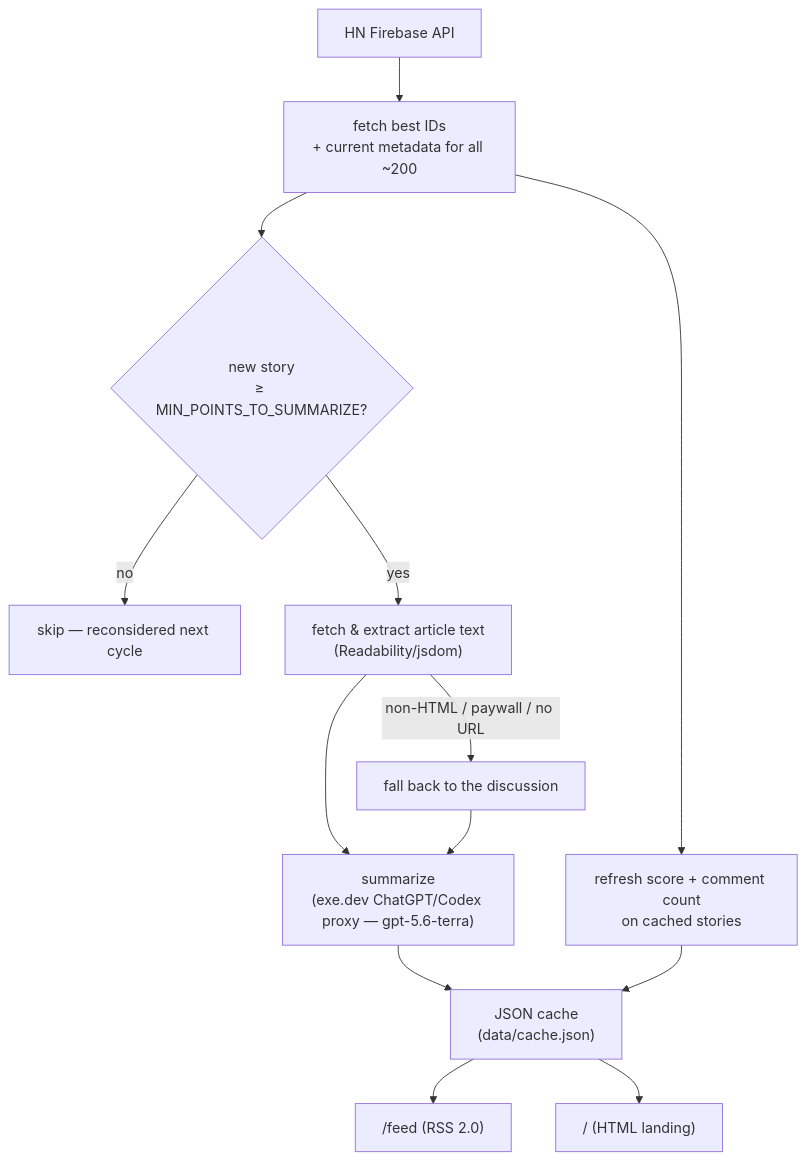
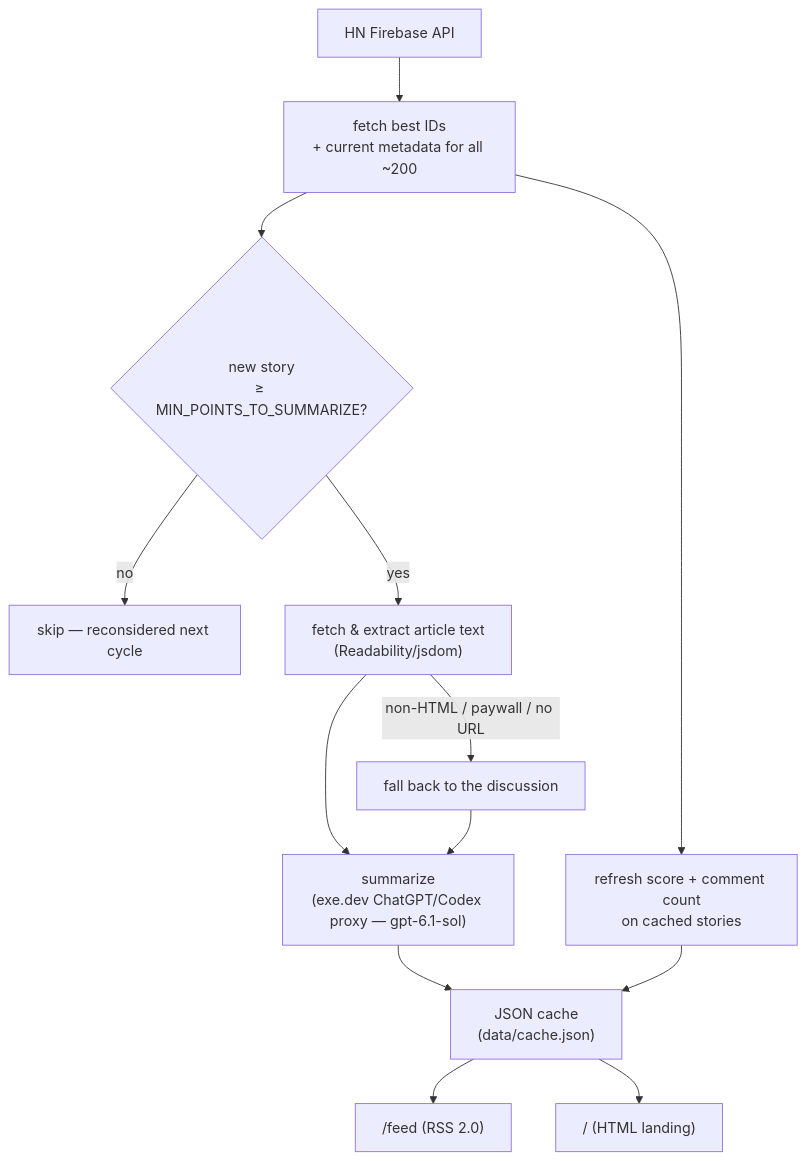
Before and after one commit to ryanlewis/hn-summaries: the diagram in README.md, drawn with Mermaid. The commit also changed other lines of this file and 2 other files, not shown here.

Commit message:
feat: switch summaries to gpt-6.1-sol

````diff
--- a/README.md
+++ b/README.md
@@ -21,15 +21,15 @@
 ```mermaid
 flowchart TD
     HN["HN Firebase API"] --> Sweep["fetch best IDs<br/>+ current metadata for all ~200"]
     Sweep --> Scores["refresh score + comment count<br/>on cached stories"]
     Sweep --> Gate{"new story<br/>≥ MIN_POINTS_TO_SUMMARIZE?"}
     Gate -->|"no"| Skip["skip — reconsidered next cycle"]
     Gate -->|"yes"| Extract["fetch &amp; extract article text<br/>(Readability/jsdom)"]
     Extract -->|"non-HTML / paywall / no URL"| Fallback["fall back to the discussion"]
-    Extract --> Summarize["summarize<br/>(exe.dev ChatGPT/Codex proxy — gpt-5.6-terra)"]
+    Extract --> Summarize["summarize<br/>(exe.dev ChatGPT/Codex proxy — gpt-6.1-sol)"]
     Fallback --> Summarize
     Summarize --> Cache["JSON cache<br/>(data/cache.json)"]
     Scores --> Cache
     Cache --> Feed["/feed (RSS 2.0)"]
     Cache --> Landing["/ (HTML landing)"]
 ```
````
